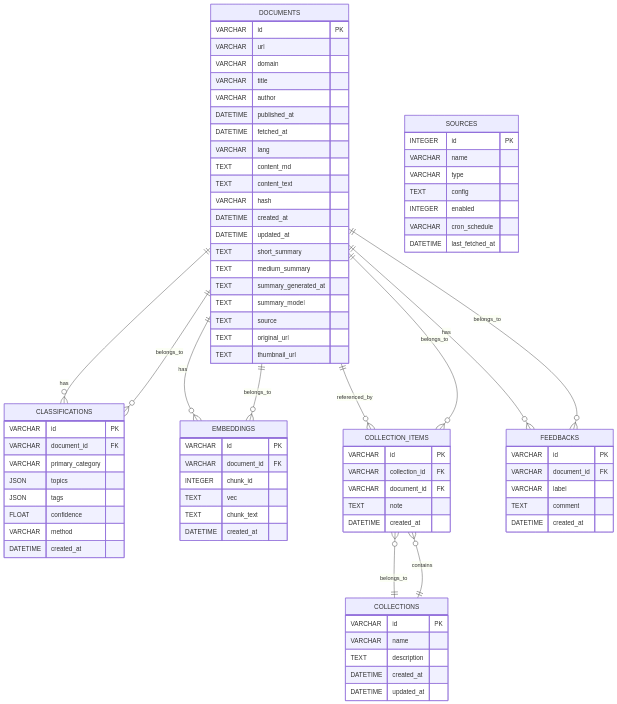
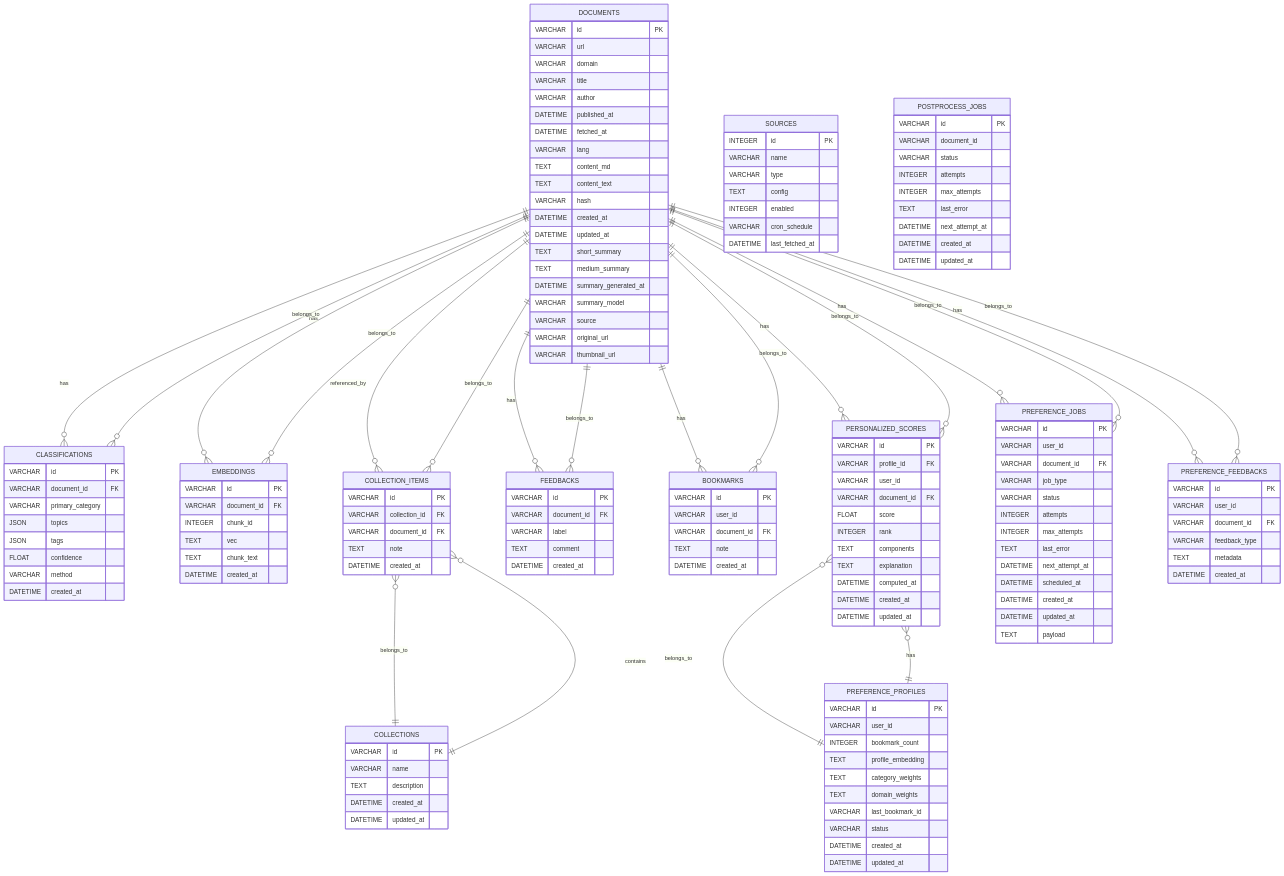
Before and after one commit to takpanda/scrap-board: the diagram in docs/ER.md, drawn with Mermaid. The commit also changed other lines of this file, not shown here.

Commit message:
ER図を最新のデータベーススキーマに更新

````diff
--- a/docs/ER.md
+++ b/docs/ER.md
@@ -20,11 +20,11 @@
         DATETIME updated_at
         TEXT short_summary
         TEXT medium_summary
-        TEXT summary_generated_at
-        TEXT summary_model
-        TEXT source
-        TEXT original_url
-        TEXT thumbnail_url
+        DATETIME summary_generated_at
+        VARCHAR summary_model
+        VARCHAR source
+        VARCHAR original_url
+        VARCHAR thumbnail_url
     }
 
     CLASSIFICATIONS {
@@ -81,15 +81,97 @@
         DATETIME last_fetched_at
     }
 
+    POSTPROCESS_JOBS {
+        VARCHAR id PK
+        VARCHAR document_id
+        VARCHAR status
+        INTEGER attempts
+        INTEGER max_attempts
+        TEXT last_error
+        DATETIME next_attempt_at
+        DATETIME created_at
+        DATETIME updated_at
+    }
+
+    BOOKMARKS {
+        VARCHAR id PK
+        VARCHAR user_id
+        VARCHAR document_id FK
+        TEXT note
+        DATETIME created_at
+    }
+
+    PREFERENCE_PROFILES {
+        VARCHAR id PK
+        VARCHAR user_id
+        INTEGER bookmark_count
+        TEXT profile_embedding
+        TEXT category_weights
+        TEXT domain_weights
+        VARCHAR last_bookmark_id
+        VARCHAR status
+        DATETIME created_at
+        DATETIME updated_at
+    }
+
+    PERSONALIZED_SCORES {
+        VARCHAR id PK
+        VARCHAR profile_id FK
+        VARCHAR user_id
+        VARCHAR document_id FK
+        FLOAT score
+        INTEGER rank
+        TEXT components
+        TEXT explanation
+        DATETIME computed_at
+        DATETIME created_at
+        DATETIME updated_at
+    }
+
+    PREFERENCE_JOBS {
+        VARCHAR id PK
+        VARCHAR user_id
+        VARCHAR document_id FK
+        VARCHAR job_type
+        VARCHAR status
+        INTEGER attempts
+        INTEGER max_attempts
+        TEXT last_error
+        DATETIME next_attempt_at
+        DATETIME scheduled_at
+        DATETIME created_at
+        DATETIME updated_at
+        TEXT payload
+    }
+
+    PREFERENCE_FEEDBACKS {
+        VARCHAR id PK
+        VARCHAR user_id
+        VARCHAR document_id FK
+        VARCHAR feedback_type
+        TEXT metadata
+        DATETIME created_at
+    }
+
     DOCUMENTS ||--o{ CLASSIFICATIONS : "has"
     DOCUMENTS ||--o{ EMBEDDINGS : "has"
     DOCUMENTS ||--o{ COLLECTION_ITEMS : "referenced_by"
     DOCUMENTS ||--o{ FEEDBACKS : "has"
+    DOCUMENTS ||--o{ BOOKMARKS : "has"
+    DOCUMENTS ||--o{ PERSONALIZED_SCORES : "has"
+    DOCUMENTS ||--o{ PREFERENCE_JOBS : "has"
+    DOCUMENTS ||--o{ PREFERENCE_FEEDBACKS : "has"
     COLLECTIONS ||--o{ COLLECTION_ITEMS : "contains"
+    PREFERENCE_PROFILES ||--o{ PERSONALIZED_SCORES : "has"
     CLASSIFICATIONS }o--|| DOCUMENTS : "belongs_to"
     EMBEDDINGS }o--|| DOCUMENTS : "belongs_to"
     COLLECTION_ITEMS }o--|| COLLECTIONS : "belongs_to"
     COLLECTION_ITEMS }o--|| DOCUMENTS : "belongs_to"
     FEEDBACKS }o--|| DOCUMENTS : "belongs_to"
+    BOOKMARKS }o--|| DOCUMENTS : "belongs_to"
+    PERSONALIZED_SCORES }o--|| DOCUMENTS : "belongs_to"
+    PERSONALIZED_SCORES }o--|| PREFERENCE_PROFILES : "belongs_to"
+    PREFERENCE_JOBS }o--|| DOCUMENTS : "belongs_to"
+    PREFERENCE_FEEDBACKS }o--|| DOCUMENTS : "belongs_to"
 
 ``` 
````
